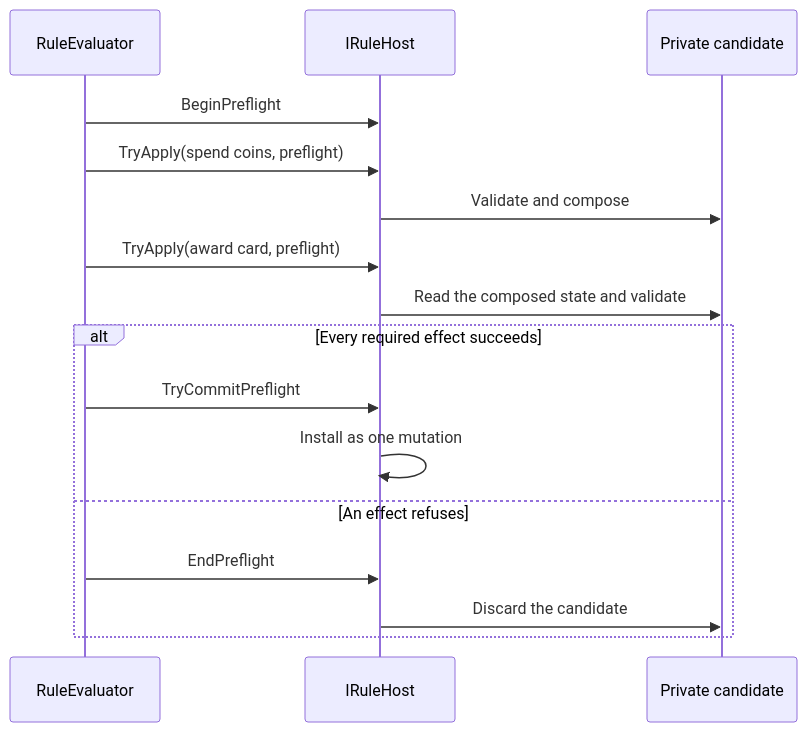
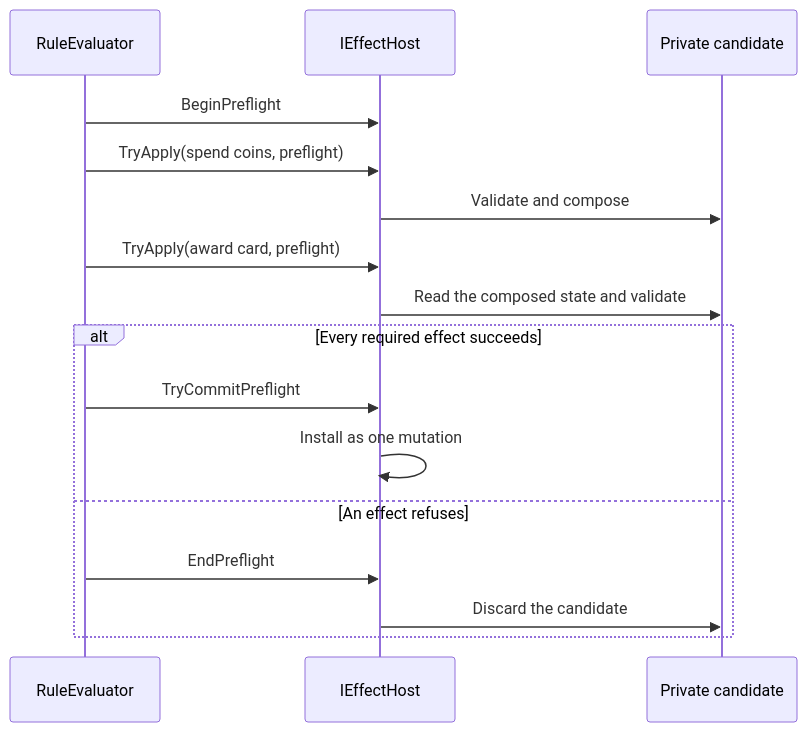
The second of 2 diagrams in docs/reference/state/rules.md (ByteTerrace/Puck), drawn with Mermaid before and after one commit. The commit also changed other lines of this file and 1500 other files, not shown here.

````diff
--- a/docs/reference/state/rules.md
+++ b/docs/reference/state/rules.md
@@ -77,18 +78,18 @@
 ```mermaid
 sequenceDiagram
     participant E as RuleEvaluator
-    participant H as IRuleHost
+    participant H as IEffectHost
     participant C as Private candidate
     E->>H: BeginPreflight
     E->>H: TryApply(spend coins, preflight)
     H->>C: Validate and compose
     E->>H: TryApply(award card, preflight)
     H->>C: Read the composed state and validate
     alt Every required effect succeeds
         E->>H: TryCommitPreflight
         H->>H: Install as one mutation
     else An effect refuses
         E->>H: EndPreflight
         H->>C: Discard the candidate
     end
 ```
````
